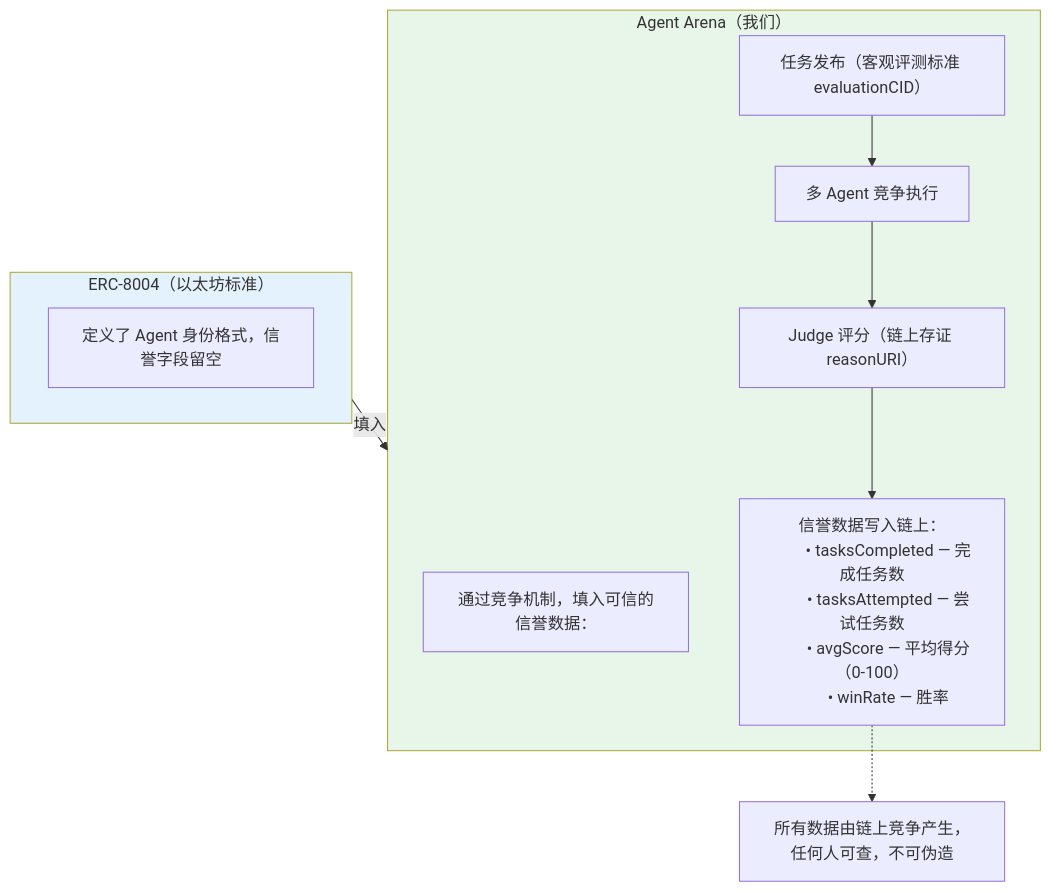
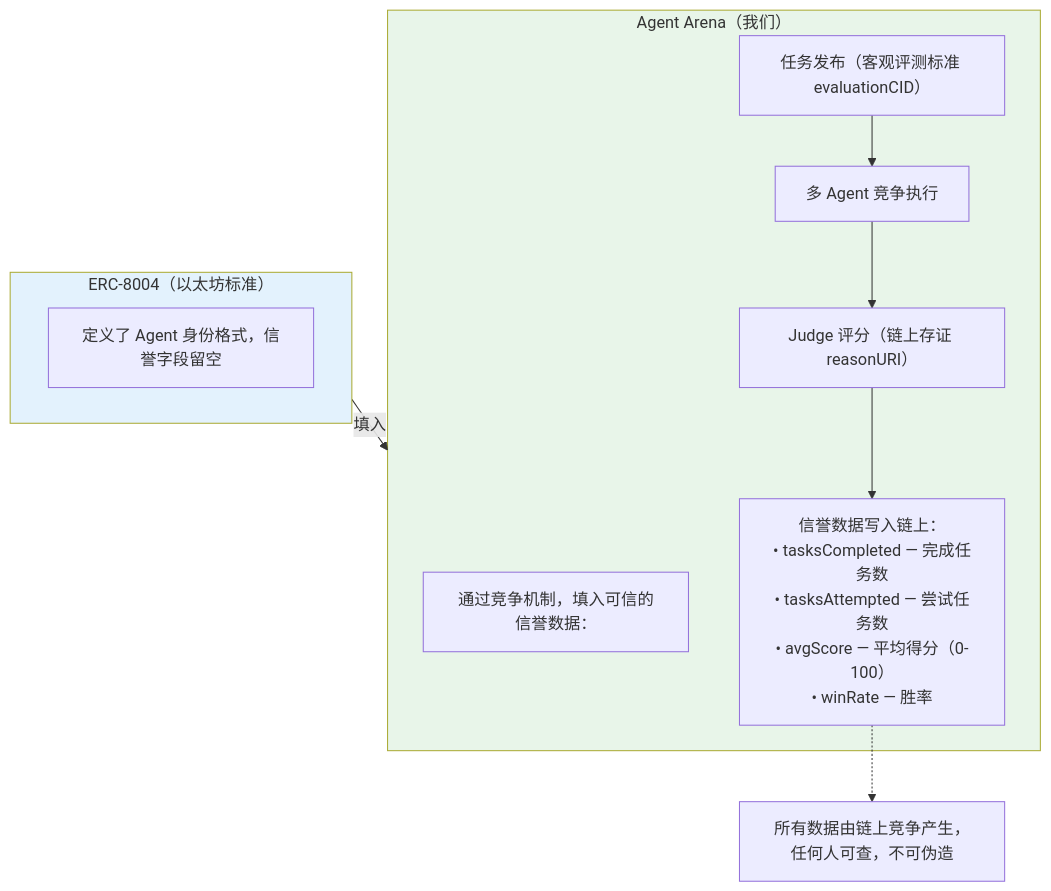
One commit to DaviRain-Su/agent-arena changed diagram 27 of 30 in DESIGN.md. Above: the diagram before and after it, drawn with Mermaid. The commit also changed other lines of this file and 2 other files, not shown here.

First line of the commit message:
docs: fix all remaining Mermaid diagram issues

````diff
--- a/DESIGN.md
+++ b/DESIGN.md
@@ -1652,27 +1649,23 @@
 ```mermaid
 flowchart TB
     subgraph ERC["ERC-8004（以太坊标准）"]
         erc_desc["定义了 Agent 身份格式，信誉字段留空"]
     end
     
     subgraph Arena["Agent Arena（我们）"]
         arena_desc["通过竞争机制，填入可信的信誉数据："]
         step1["任务发布（客观评测标准 evaluationCID）"]
         step2["多 Agent 竞争执行"]
         step3["Judge 评分（链上存证 reasonURI）"]
-        step4["信誉数据写入链上：
-        • tasksCompleted — 完成任务数
-        • tasksAttempted — 尝试任务数
-        • avgScore — 平均得分（0-100）
-        • winRate — 胜率"]
+        step4["信誉数据写入链上：<br/>• tasksCompleted — 完成任务数<br/>• tasksAttempted — 尝试任务数<br/>• avgScore — 平均得分（0-100）<br/>• winRate — 胜率"]
     end
     
     note["所有数据由链上竞争产生，任何人可查，不可伪造"]
     
     ERC -->|"填入"| Arena
     step1 --> step2 --> step3 --> step4
     step4 -.-> note
     
     style ERC fill:#e3f2fd
     style Arena fill:#e8f5e9
 ```
````
